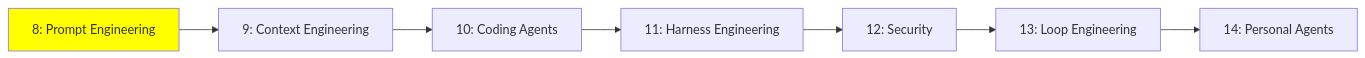
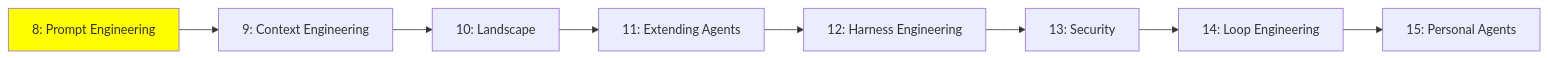
Before and after one commit to lokumai/ai-engineering-bazaar: the second of 2 diagrams in mini-courses/2_intermediate/8_prompt_engineering.md, drawn with Mermaid. The commit also changed other lines of this file and 29 other files, not shown here.

````diff
--- a/mini-courses/2_intermediate/8_prompt_engineering.md
+++ b/mini-courses/2_intermediate/8_prompt_engineering.md
@@ -257,10 +257,11 @@
 ```mermaid
 graph LR
     A[8: Prompt Engineering] --> B[9: Context Engineering]
-    B --> C[10: Coding Agents]
-    C --> D[11: Harness Engineering]
-    D --> E[12: Security]
-    E --> F[13: Loop Engineering]
-    F --> G[14: Personal Agents]
+    B --> C[10: Landscape]
+    C --> D[11: Extending Agents]
+    D --> E[12: Harness Engineering]
+    E --> F[13: Security]
+    F --> G[14: Loop Engineering]
+    G --> H[15: Personal Agents]
     style A fill:#FFFF00
 ```
````
